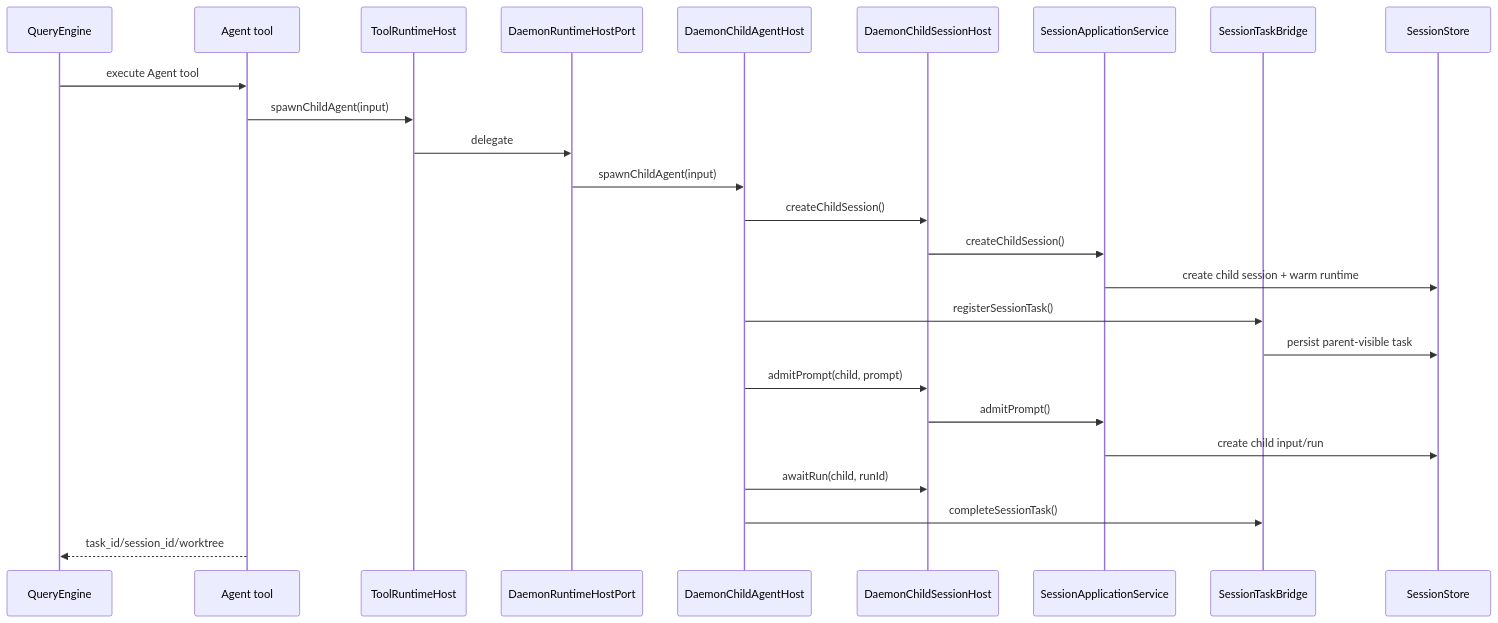
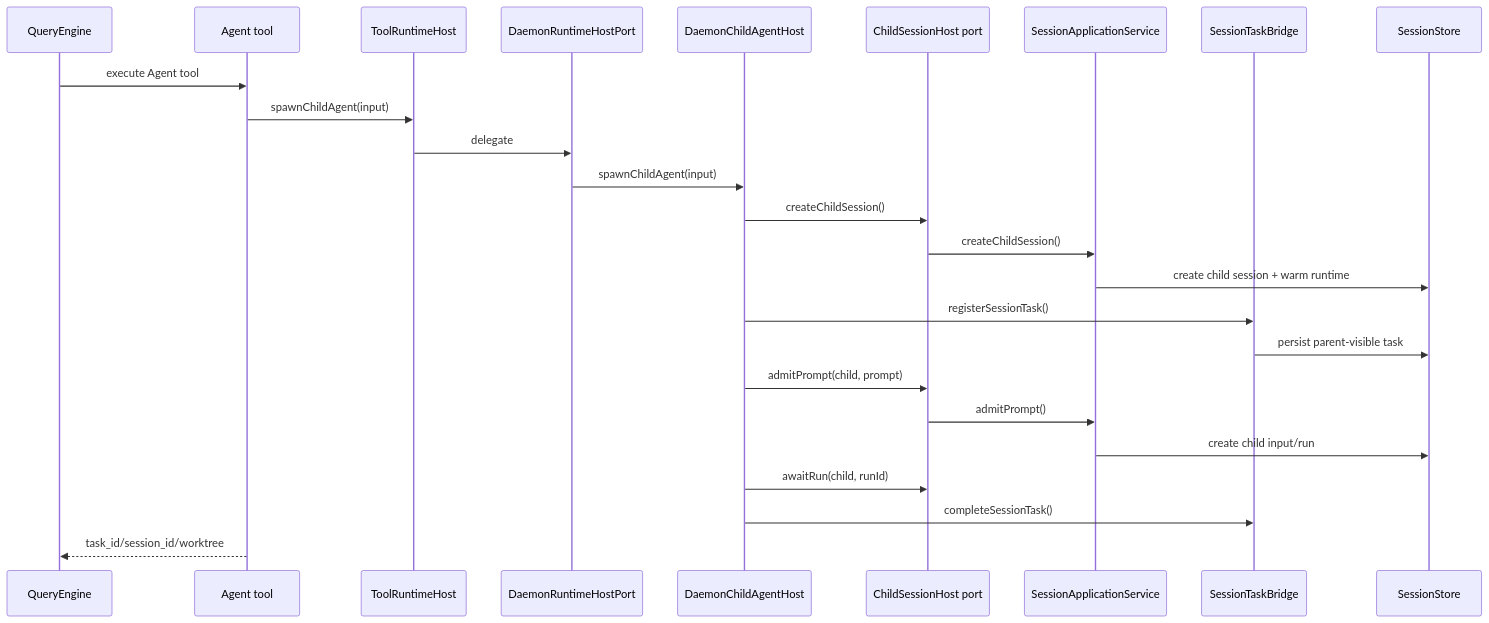
The second of 3 diagrams in docs/runtime-host-port-design.md (rzx007/openharness-ts), drawn with Mermaid before and after one commit. The commit also changed other lines of this file and 9 other files, not shown here.

Commit message:
refactor(server): fold child session adapter into host factory

````diff
--- a/docs/runtime-host-port-design.md
+++ b/docs/runtime-host-port-design.md
@@ -139,28 +139,28 @@
 ```mermaid
 sequenceDiagram
   participant QE as QueryEngine
   participant Agent as Agent tool
   participant Host as ToolRuntimeHost
   participant RuntimeHost as DaemonRuntimeHostPort
   participant ChildHost as DaemonChildAgentHost
-  participant SessionHost as DaemonChildSessionHost
+  participant SessionPort as ChildSessionHost port
   participant App as SessionApplicationService
   participant Bridge as SessionTaskBridge
   participant Store as SessionStore
 
   QE->>Agent: execute Agent tool
   Agent->>Host: spawnChildAgent(input)
   Host->>RuntimeHost: delegate
   RuntimeHost->>ChildHost: spawnChildAgent(input)
-  ChildHost->>SessionHost: createChildSession()
-  SessionHost->>App: createChildSession()
+  ChildHost->>SessionPort: createChildSession()
+  SessionPort->>App: createChildSession()
   App->>Store: create child session + warm runtime
   ChildHost->>Bridge: registerSessionTask()
   Bridge->>Store: persist parent-visible task
-  ChildHost->>SessionHost: admitPrompt(child, prompt)
-  SessionHost->>App: admitPrompt()
+  ChildHost->>SessionPort: admitPrompt(child, prompt)
+  SessionPort->>App: admitPrompt()
   App->>Store: create child input/run
-  ChildHost->>SessionHost: awaitRun(child, runId)
+  ChildHost->>SessionPort: awaitRun(child, runId)
   ChildHost->>Bridge: completeSessionTask()
   Agent-->>QE: task_id/session_id/worktree
 ```
````
